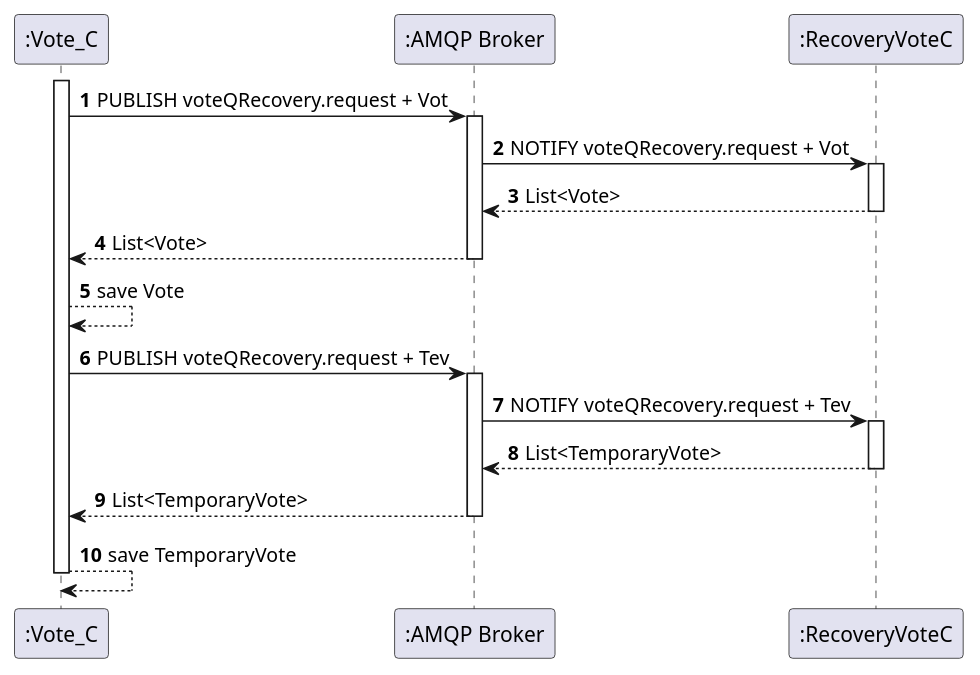
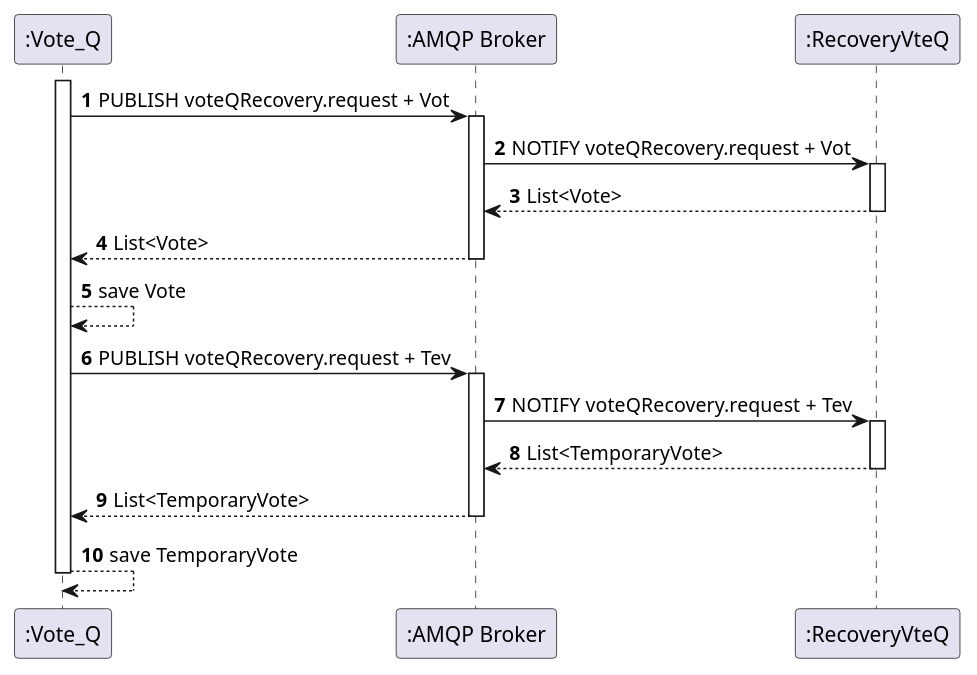
The diagram in Vote1_Q/Documentação/N2/Recovery.puml (1201441BrunoPereira/Trabalho2Votes), drawn with PlantUML before and after one commit.

Commit message:
Diagrama Trabalho 3

```diff
--- a/Vote1_Q/Documentação/N2/Recovery.puml
+++ b/Vote1_Q/Documentação/N2/Recovery.puml
@@ -1,34 +1,34 @@
 @startuml
 'https://plantuml.com/sequence-diagram
 
 
 autonumber
 
-participant ":Vote_C" as vt
+participant ":Vote_Q" as vt
 participant ":AMQP Broker" as bro
-participant ":RecoveryVoteC" as rc
+participant ":RecoveryVteQ" as rc
 
 
 
 activate vt
 vt -> bro: PUBLISH voteQRecovery.request + Vot
 activate bro
 bro -> rc: NOTIFY voteQRecovery.request + Vot
 activate rc
 rc --> bro: List<Vote>
 deactivate rc
 bro --> vt: List<Vote>
 deactivate bro
 vt --> vt: save Vote
 vt -> bro: PUBLISH voteQRecovery.request + Tev
 activate bro
 bro -> rc: NOTIFY voteQRecovery.request + Tev
 activate rc
 rc --> bro: List<TemporaryVote>
 deactivate rc
 bro --> vt: List<TemporaryVote>
 deactivate bro
 vt --> vt: save TemporaryVote
 deactivate vt
 
 @enduml
```
